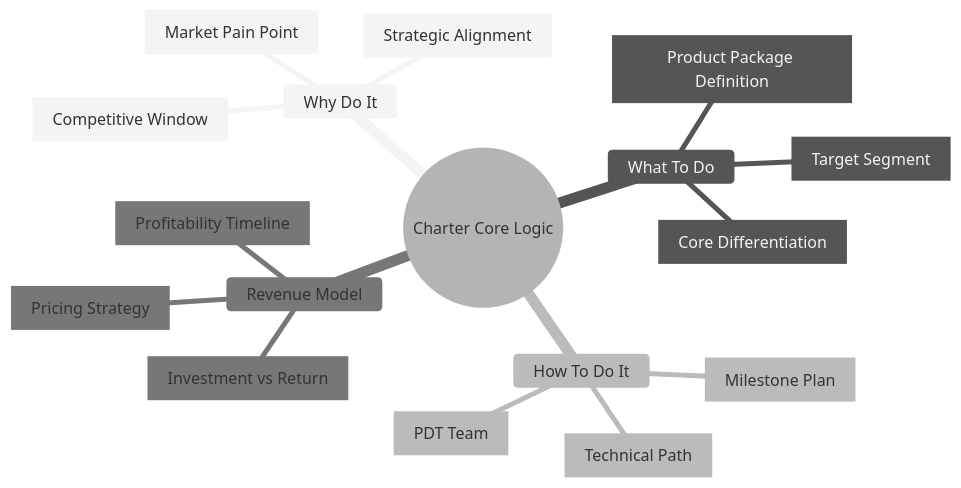
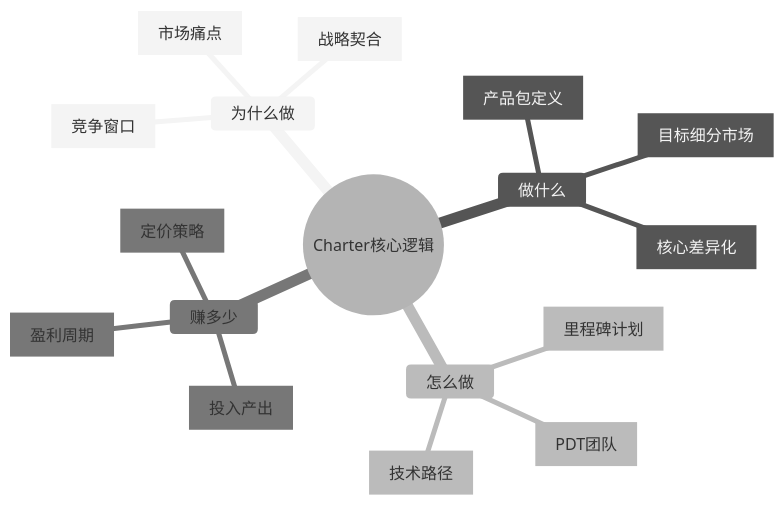
One commit to Kirky-X/cangjie changed the first of 11 diagrams in templates/Product/Strategy/Template-Project-Charter.md. Above: the diagram before and after it, drawn with Mermaid (neutral theme). The commit also changed other lines of this file and 33 other files, not shown here.

````diff
--- a/templates/Product/Strategy/Template-Project-Charter.md
+++ b/templates/Product/Strategy/Template-Project-Charter.md
@@ -66,20 +66,20 @@
 ```mermaid
 mindmap
-  root((Charter Core Logic))
-    Why Do It
-      [Market Pain Point]
-      [Strategic Alignment]
-      [Competitive Window]
-    What To Do
-      [Product Package Definition]
-      [Target Segment]
-      [Core Differentiation]
-    How To Do It
-      [Milestone Plan]
-      [PDT Team]
-      [Technical Path]
-    Revenue Model
-      [Investment vs Return]
-      [Pricing Strategy]
-      [Profitability Timeline]
+  root((Charter核心逻辑))
+    为什么做
+      [市场痛点]
+      [战略契合]
+      [竞争窗口]
+    做什么
+      [产品包定义]
+      [目标细分市场]
+      [核心差异化]
+    怎么做
+      [里程碑计划]
+      [PDT团队]
+      [技术路径]
+    赚多少
+      [投入产出]
+      [定价策略]
+      [盈利周期]
 ```
````
